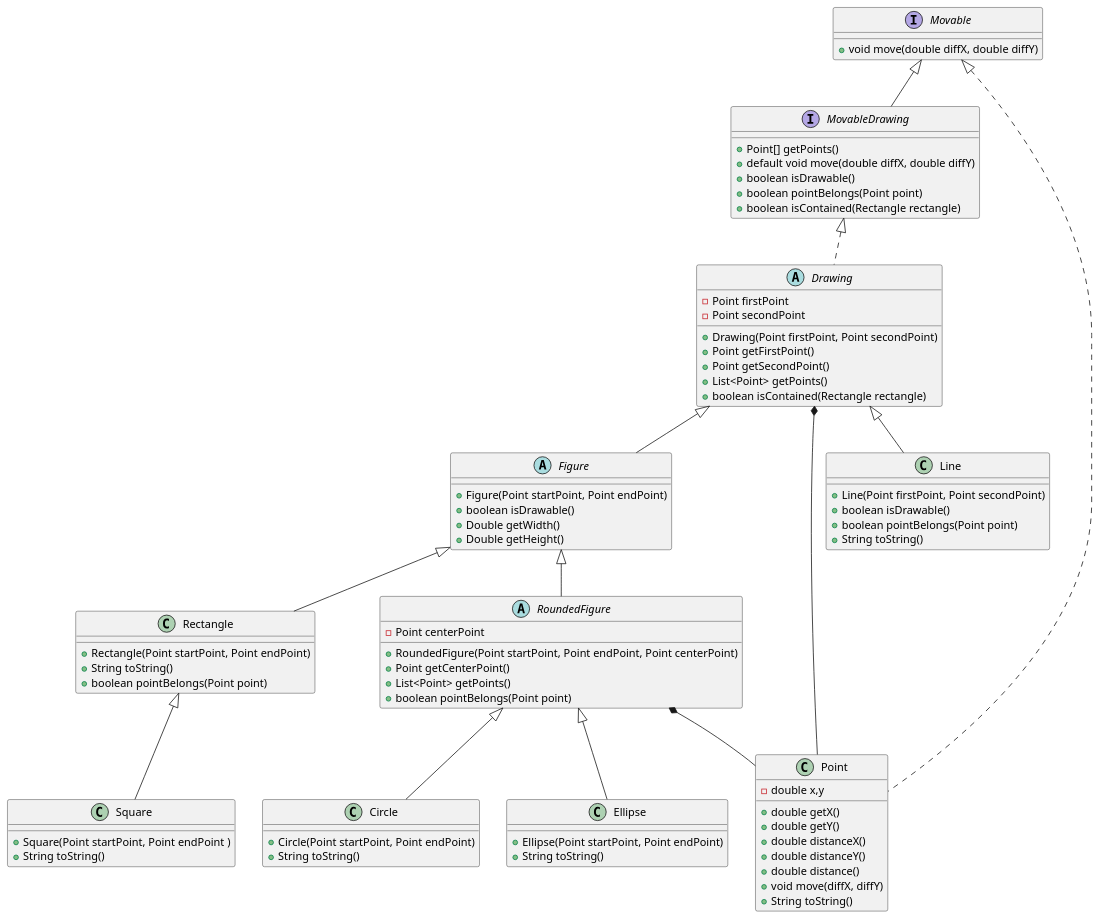
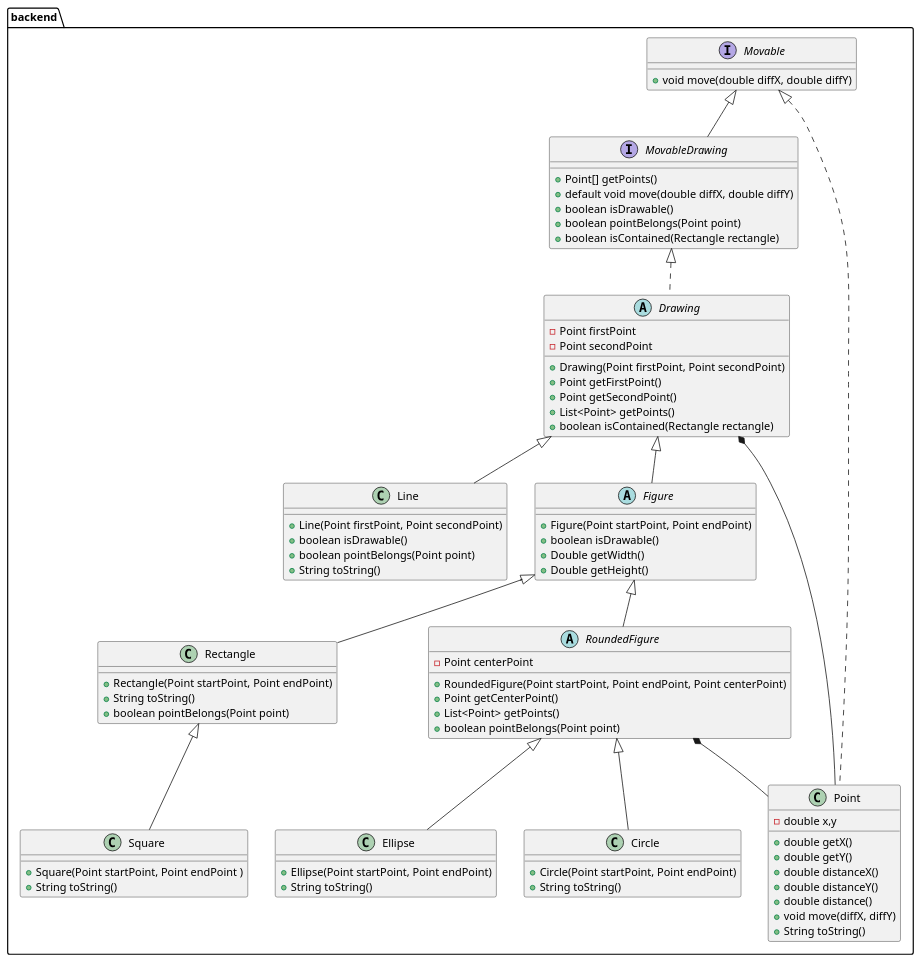
Before and after one commit to camilaDiToro/PAINT-TP-FINAL-POO: the diagram in src/main/java/backend/backendModels.puml, drawn with PlantUML. The commit also changed 10 other files, not shown here.

```diff
--- a/src/main/java/backend/backendModels.puml
+++ b/src/main/java/backend/backendModels.puml
@@ -1,82 +1,84 @@
 @startuml
 'https://plantuml.com/class-diagram
+
+package backend{
 
 interface Movable{
     +void move(double diffX, double diffY)
 }
 
 interface MovableDrawing extends Movable{
     +Point[] getPoints()
     +default void move(double diffX, double diffY)
     +boolean isDrawable()
     +boolean pointBelongs(Point point)
     +boolean isContained(Rectangle rectangle)
 }
 
 abstract class Drawing implements MovableDrawing{
     -Point firstPoint
     -Point secondPoint
     +Drawing(Point firstPoint, Point secondPoint)
     +Point getFirstPoint()
     +Point getSecondPoint()
     +List<Point> getPoints()
     +boolean isContained(Rectangle rectangle)
 }
 
 abstract class Figure extends Drawing{
     +Figure(Point startPoint, Point endPoint)
     +boolean isDrawable()
     +Double getWidth()
     +Double getHeight()
 }
 
 class Rectangle extends Figure{
     +Rectangle(Point startPoint, Point endPoint)
     +String toString()
     +boolean pointBelongs(Point point)
 }
 
 class Square extends Rectangle{
     +Square(Point startPoint, Point endPoint )
     +String toString()
 }
 
 class Line extends Drawing{
     +Line(Point firstPoint, Point secondPoint)
     +boolean isDrawable()
     +boolean pointBelongs(Point point)
     +String toString()
 }
 
 abstract class RoundedFigure extends Figure{
     -Point centerPoint
     +RoundedFigure(Point startPoint, Point endPoint, Point centerPoint)
     +Point getCenterPoint()
     +List<Point> getPoints()
     +boolean pointBelongs(Point point)
 }
 
 Drawing *-- Point
 RoundedFigure *-- Point
 class Ellipse extends RoundedFigure{
     +Ellipse(Point startPoint, Point endPoint)
     +String toString()
 }
 
 class Point implements Movable{
     -double x,y
     +double getX()
     +double getY()
     +double distanceX()
     +double distanceY()
     +double distance()
     +void move(diffX, diffY)
     +String toString()
 }
 
 class Circle extends RoundedFigure{
     +Circle(Point startPoint, Point endPoint)
     +String toString()
 }
-
+}
 @enduml
```
